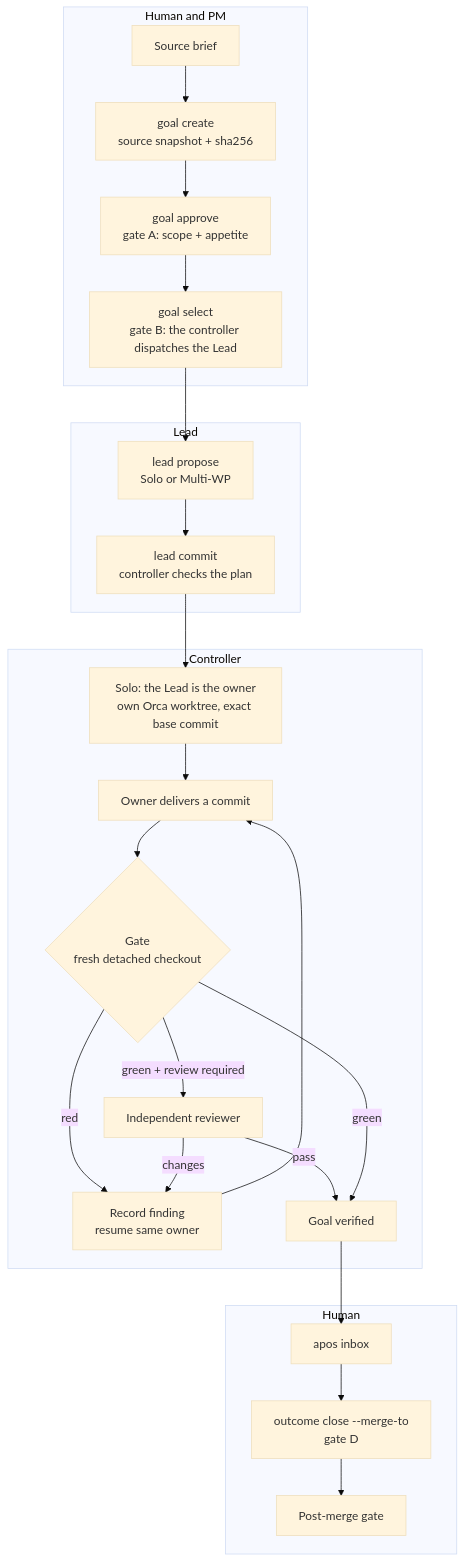
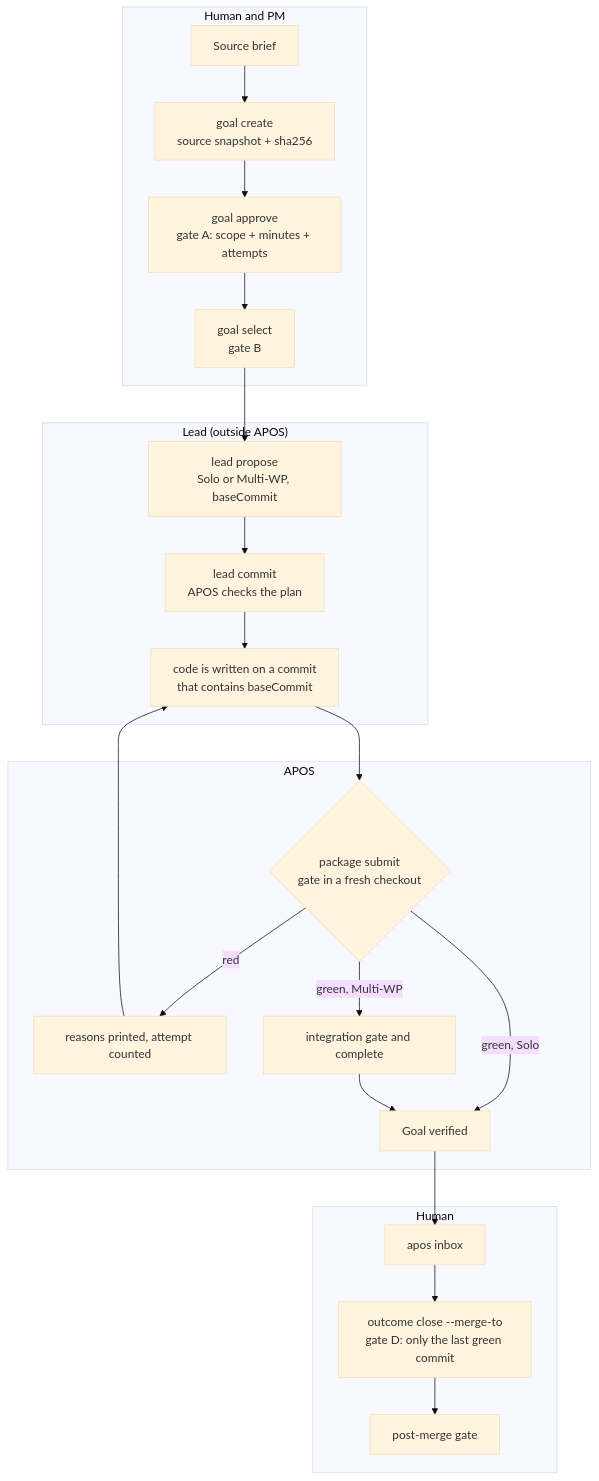
The diagram in README.md (Kaiser1308/APOS), drawn with Mermaid (base theme) before and after one commit. The commit also changed other lines of this file and 45 other files, not shown here.

First line of the commit message:
docs: v3 README, skills, safety cases; archive the orchestration docs; e2e flows (plan task 7)

````diff
--- a/README.md
+++ b/README.md
@@ -71,28 +73,26 @@
 ```mermaid
 flowchart TD
     subgraph Human1["Human and PM"]
         A[Source brief] --> B[goal create<br/>source snapshot + sha256]
-        B --> C[goal approve<br/>gate A: scope + appetite]
-        C --> D[goal select<br/>gate B: the controller dispatches the Lead]
+        B --> C[goal approve<br/>gate A: scope + minutes + attempts]
+        C --> D[goal select<br/>gate B]
     end
-    subgraph Lead["Lead"]
-        D --> E[lead propose<br/>Solo or Multi-WP]
-        E --> F[lead commit<br/>controller checks the plan]
+    subgraph Lead["Lead (outside APOS)"]
+        D --> E[lead propose<br/>Solo or Multi-WP, baseCommit]
+        E --> F[lead commit<br/>APOS checks the plan]
+        F --> G[code is written on a commit<br/>that contains baseCommit]
     end
-    subgraph Ctl["Controller"]
-        F --> G[Solo: the Lead is the owner<br/>own Orca worktree, exact base commit]
-        G --> H[Owner delivers a commit]
-        H --> I{Gate<br/>fresh detached checkout}
-        I -- red --> K[Record finding<br/>resume same owner]
-        K --> H
-        I -- green + review required --> L[Independent reviewer]
-        L -- changes --> K
-        L -- pass --> M[Goal verified]
-        I -- green --> M
+    subgraph Apos["APOS"]
+        G --> I{package submit<br/>gate in a fresh checkout}
+        I -- red --> K[reasons printed, attempt counted]
+        K --> G
+        I -- green, Solo --> M[Goal verified]
+        I -- green, Multi-WP --> J[integration gate and complete]
+        J --> M
     end
     subgraph Human2["Human"]
         M --> N[apos inbox]
-        N --> O[outcome close --merge-to<br/>gate D]
-        O --> P[Post-merge gate]
+        N --> O[outcome close --merge-to<br/>gate D: only the last green commit]
+        O --> P[post-merge gate]
     end
 ```
````
